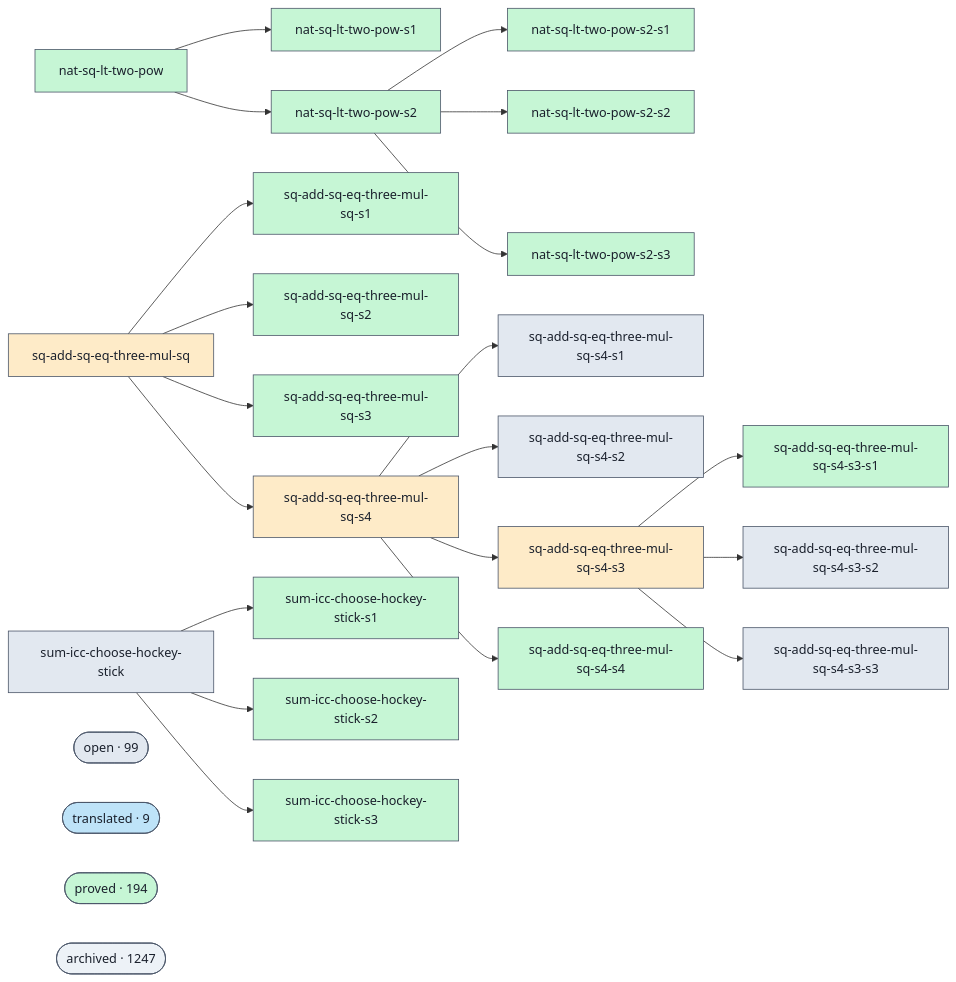
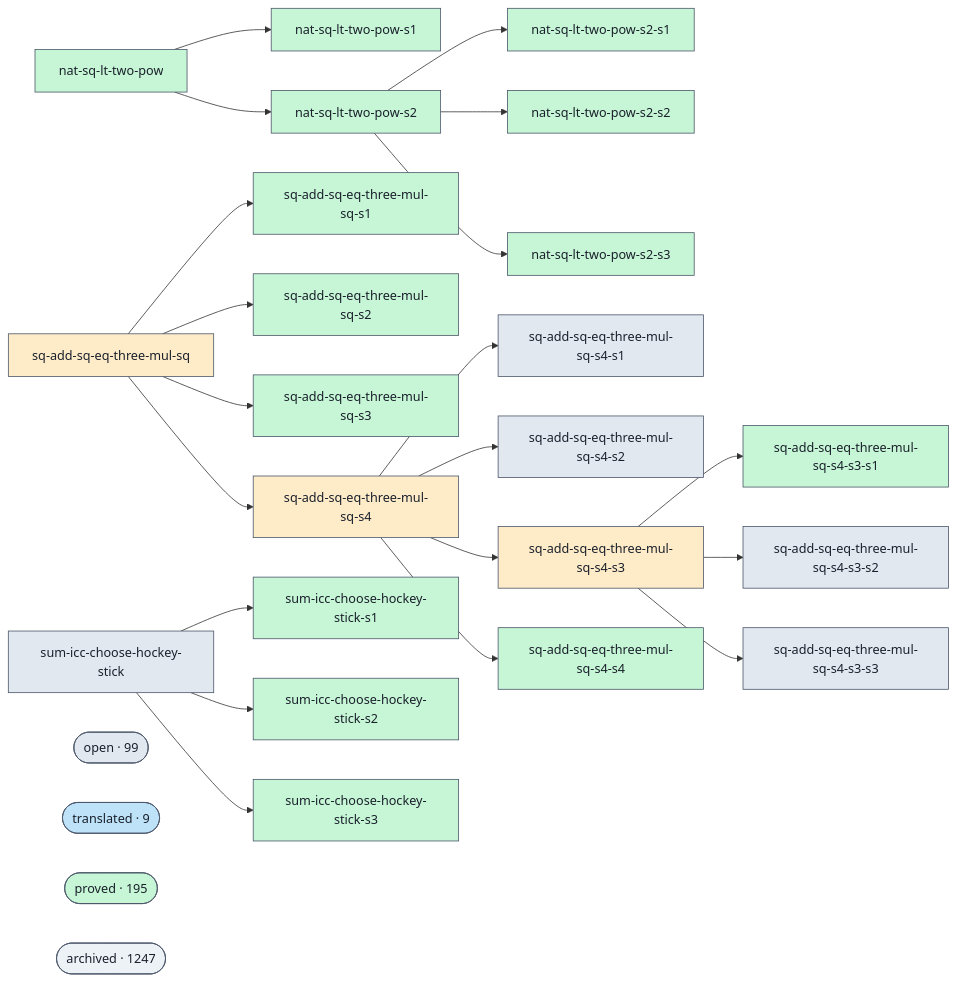
Before and after one commit to Rauxon/unsorry: the diagram in docs/proofs-contributors-visualisation.md, drawn with Mermaid. The commit also changed other lines of this file and 2 other files, not shown here.

```diff
--- a/docs/proofs-contributors-visualisation.md
+++ b/docs/proofs-contributors-visualisation.md
@@ -111,7 +111,7 @@
   class cluster_open open;
   cluster_translated(["translated · 9"])
   class cluster_translated translated;
-  cluster_proved(["proved · 194"])
+  cluster_proved(["proved · 195"])
   class cluster_proved proved;
   cluster_archived(["archived · 1247"])
   class cluster_archived unknown;
```
